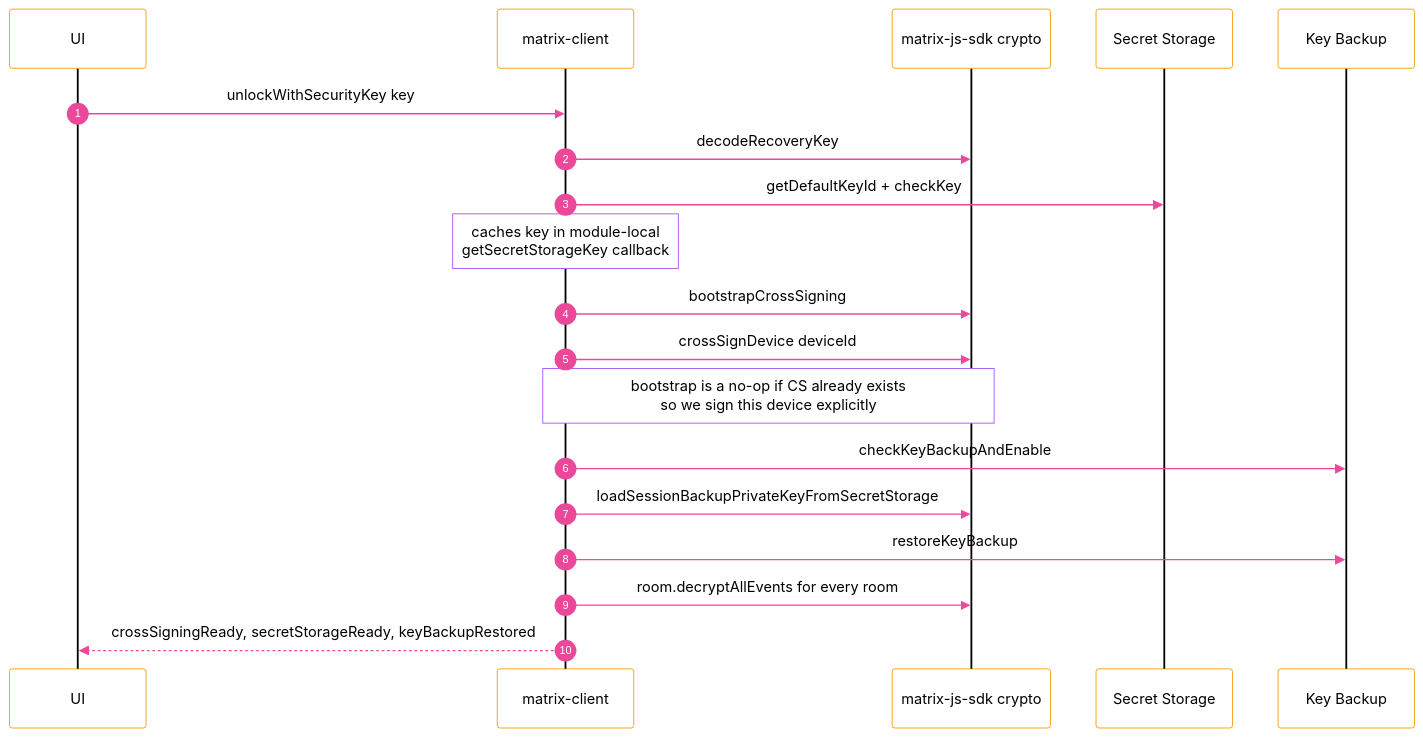
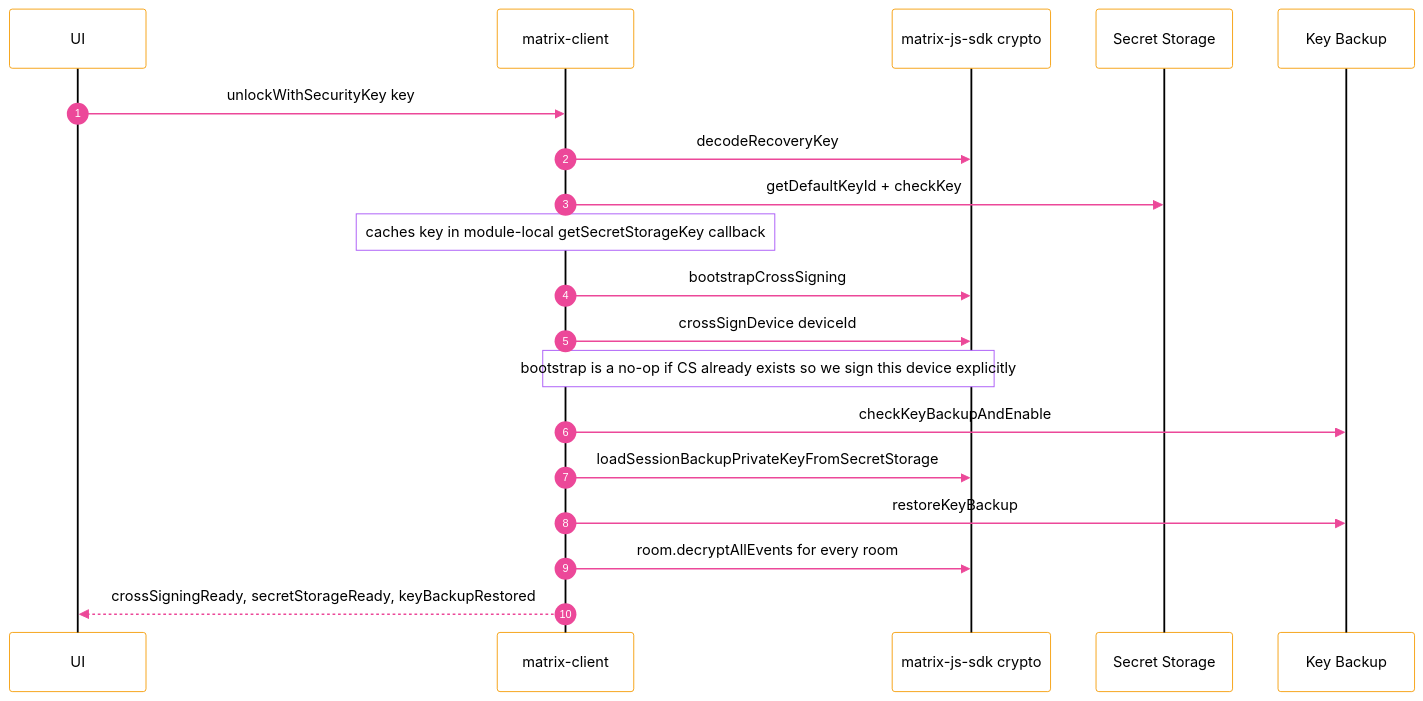
Before and after one commit to tini-works/e2ee-exploration: the third of 5 diagrams in packages/matrix-client/README.md, drawn with Mermaid. The commit also changed 1 other file, not shown here.

Commit message:
docs: fix mermaid sequenceDiagram Note line breaks
Mermaid's sequenceDiagram parser rejects <br/> inside `Note over` even
though it accepts it in message text. Collapse the affected notes to
single lines so the diagrams render on GitHub.

````diff
--- a/packages/matrix-client/README.md
+++ b/packages/matrix-client/README.md
@@ -106,23 +106,23 @@
 ```mermaid
 %%{init: {'theme':'base','themeVariables':{'background':'#ffffff','primaryTextColor':'#000000','actorBkg':'#ffffff','actorBorder':'#f59e0b','actorTextColor':'#000000','actorLineColor':'#000000','signalColor':'#ec4899','signalTextColor':'#000000','sequenceNumberColor':'#ffffff','noteBkgColor':'#ffffff','noteBorderColor':'#a855f7','noteTextColor':'#000000','labelBoxBkgColor':'#ffffff','labelBoxBorderColor':'#000000','labelTextColor':'#000000','fontFamily':'system-ui'}}}%%
 sequenceDiagram
   autonumber
   participant UI
   participant MC as matrix-client
   participant SDK as matrix-js-sdk crypto
   participant SS as Secret Storage
   participant KB as Key Backup
 
   UI->>MC: unlockWithSecurityKey key
   MC->>SDK: decodeRecoveryKey
   MC->>SS: getDefaultKeyId + checkKey
-  Note over MC: caches key in module-local<br/>getSecretStorageKey callback
+  Note over MC: caches key in module-local getSecretStorageKey callback
   MC->>SDK: bootstrapCrossSigning
   MC->>SDK: crossSignDevice deviceId
-  Note over MC,SDK: bootstrap is a no-op if CS already exists<br/>so we sign this device explicitly
+  Note over MC,SDK: bootstrap is a no-op if CS already exists so we sign this device explicitly
   MC->>KB: checkKeyBackupAndEnable
   MC->>SDK: loadSessionBackupPrivateKeyFromSecretStorage
   MC->>KB: restoreKeyBackup
   MC->>SDK: room.decryptAllEvents for every room
   MC-->>UI: crossSigningReady, secretStorageReady, keyBackupRestored
 ```
````
